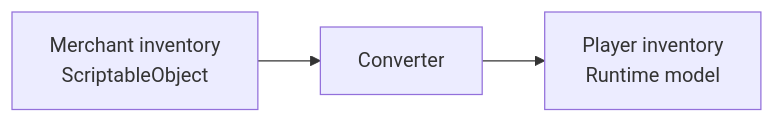
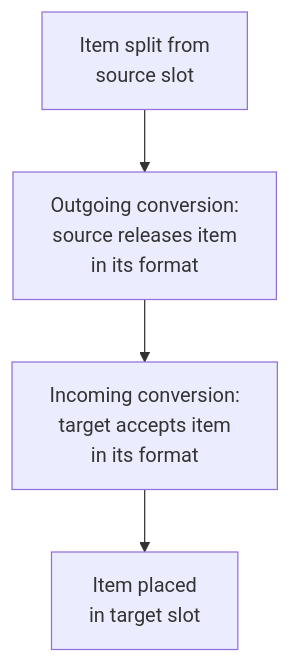
One commit to SergeevSergey99/DragAndDropSystem-Docs changed the third of 7 diagrams in .docs/content/architecture/transfer-pipeline.en.md. Above: the diagram before and after it, drawn with Mermaid. The commit also changed other lines of this file and 3 other files, not shown here.

````diff
--- a/.docs/content/architecture/transfer-pipeline.en.md
+++ b/.docs/content/architecture/transfer-pipeline.en.md
@@ -78,5 +78,6 @@
 ```mermaid
-flowchart LR
-    A["Merchant inventory<br/>ScriptableObject"] --> B["Converter"]
-    B --> C["Player inventory<br/>Runtime model"]
+flowchart TD
+    A["Item split from\nsource slot"] --> B["Outgoing conversion:\nsource releases item\nin its format"]
+    B --> C["Incoming conversion:\ntarget accepts item\nin its format"]
+    C --> D["Item placed\nin target slot"]
 ```
````
